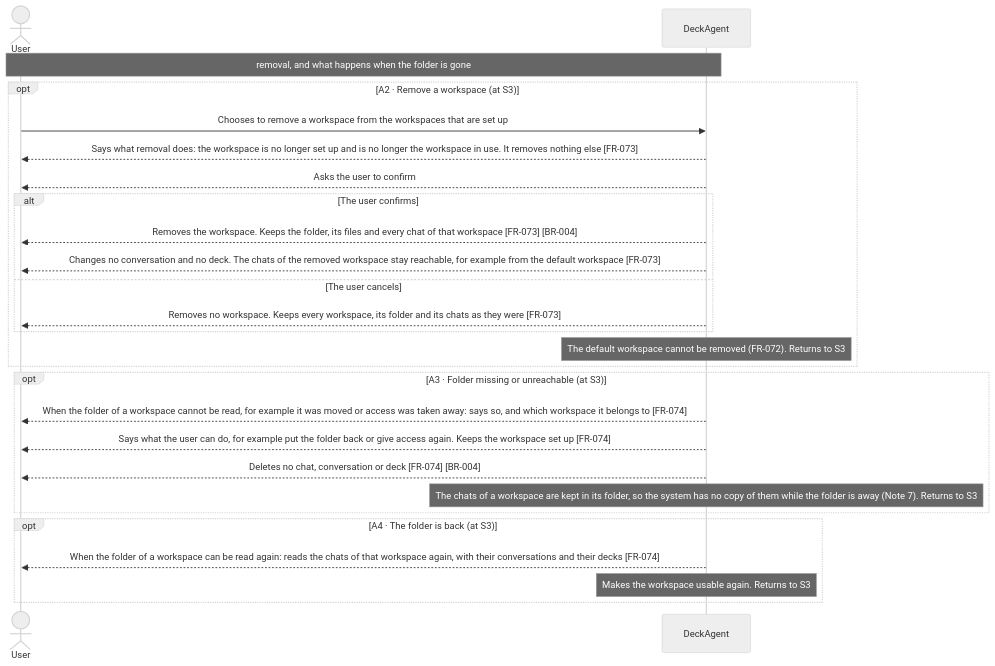
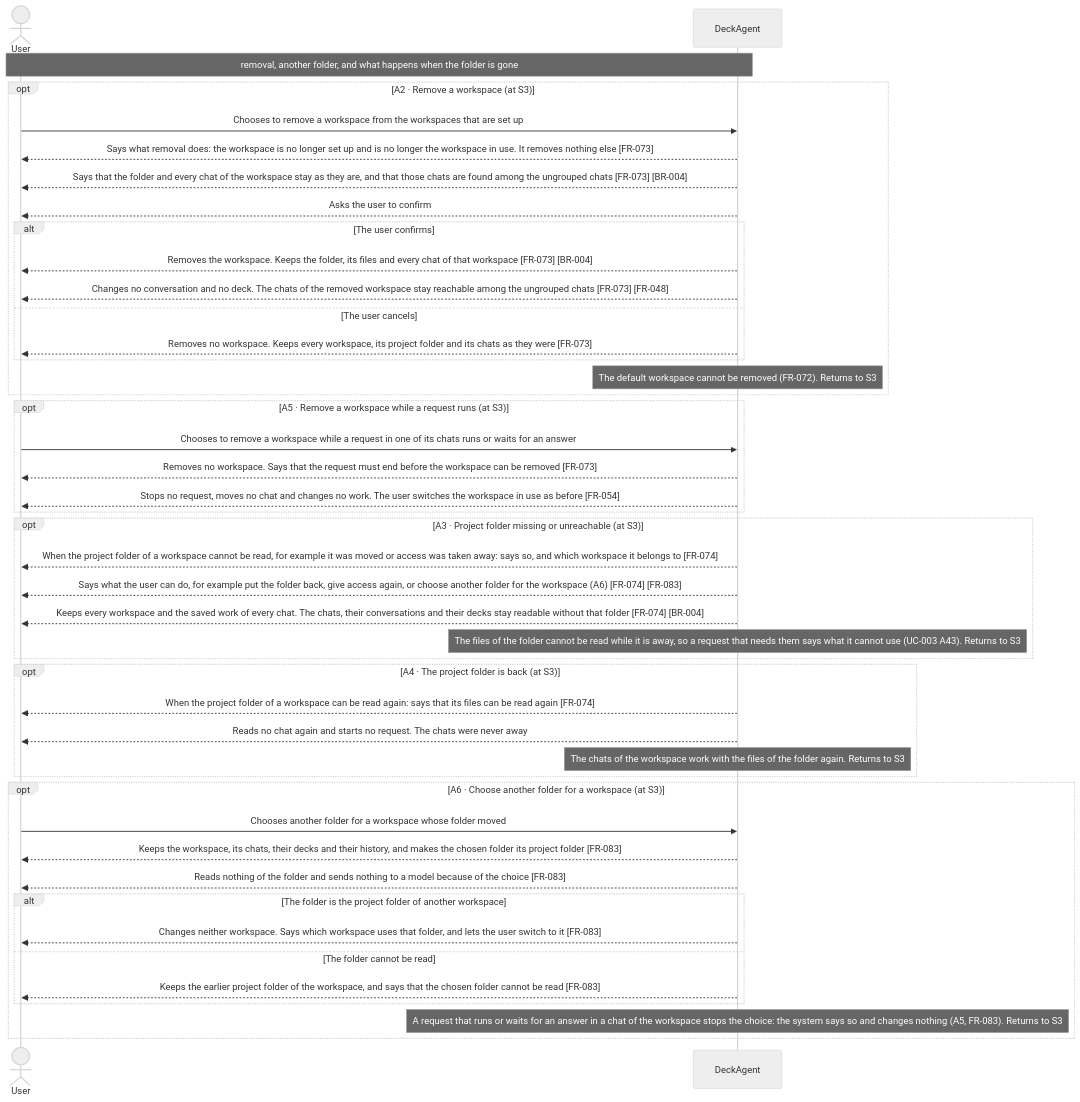
Before and after one commit to Luke23127006/DeckAgent: the second of 2 diagrams in docs/spec/03-use-cases/UC-013.md, drawn with Mermaid (neutral theme). The commit also changed other lines of this file and 31 other files, not shown here.

````diff
--- a/docs/spec/03-use-cases/UC-013.md
+++ b/docs/spec/03-use-cases/UC-013.md
@@ -72,28 +71,46 @@
 ```mermaid
 sequenceDiagram
     actor User
     participant DeckAgent
-    Note over User,DeckAgent: removal, and what happens when the folder is gone
+    Note over User,DeckAgent: removal, another folder, and what happens when the folder is gone
     opt A2 · Remove a workspace (at S3)
         User->>DeckAgent: Chooses to remove a workspace from the workspaces that are set up
         DeckAgent-->>User: Says what removal does: the workspace is no longer set up and is no longer the workspace in use. It removes nothing else [FR-073]
+        DeckAgent-->>User: Says that the folder and every chat of the workspace stay as they are, and that those chats are found among the ungrouped chats [FR-073] [BR-004]
         DeckAgent-->>User: Asks the user to confirm
         alt The user confirms
             DeckAgent-->>User: Removes the workspace. Keeps the folder, its files and every chat of that workspace [FR-073] [BR-004]
-            DeckAgent-->>User: Changes no conversation and no deck. The chats of the removed workspace stay reachable, for example from the default workspace [FR-073]
+            DeckAgent-->>User: Changes no conversation and no deck. The chats of the removed workspace stay reachable among the ungrouped chats [FR-073] [FR-048]
         else The user cancels
-            DeckAgent-->>User: Removes no workspace. Keeps every workspace, its folder and its chats as they were [FR-073]
+            DeckAgent-->>User: Removes no workspace. Keeps every workspace, its project folder and its chats as they were [FR-073]
         end
         note over DeckAgent: The default workspace cannot be removed (FR-072). Returns to S3
     end
-    opt A3 · Folder missing or unreachable (at S3)
-        DeckAgent-->>User: When the folder of a workspace cannot be read, for example it was moved or access was taken away: says so, and which workspace it belongs to [FR-074]
-        DeckAgent-->>User: Says what the user can do, for example put the folder back or give access again. Keeps the workspace set up [FR-074]
-        DeckAgent-->>User: Deletes no chat, conversation or deck [FR-074] [BR-004]
-        note over DeckAgent: The chats of a workspace are kept in its folder, so the system has no copy of them while the folder is away (Note 7). Returns to S3
+    opt A5 · Remove a workspace while a request runs (at S3)
+        User->>DeckAgent: Chooses to remove a workspace while a request in one of its chats runs or waits for an answer
+        DeckAgent-->>User: Removes no workspace. Says that the request must end before the workspace can be removed [FR-073]
+        DeckAgent-->>User: Stops no request, moves no chat and changes no work. The user switches the workspace in use as before [FR-054]
     end
-    opt A4 · The folder is back (at S3)
-        DeckAgent-->>User: When the folder of a workspace can be read again: reads the chats of that workspace again, with their conversations and their decks [FR-074]
-        note over DeckAgent: Makes the workspace usable again. Returns to S3
+    opt A3 · Project folder missing or unreachable (at S3)
+        DeckAgent-->>User: When the project folder of a workspace cannot be read, for example it was moved or access was taken away: says so, and which workspace it belongs to [FR-074]
+        DeckAgent-->>User: Says what the user can do, for example put the folder back, give access again, or choose another folder for the workspace (A6) [FR-074] [FR-083]
+        DeckAgent-->>User: Keeps every workspace and the saved work of every chat. The chats, their conversations and their decks stay readable without that folder [FR-074] [BR-004]
+        note over DeckAgent: The files of the folder cannot be read while it is away, so a request that needs them says what it cannot use (UC-003 A43). Returns to S3
+    end
+    opt A4 · The project folder is back (at S3)
+        DeckAgent-->>User: When the project folder of a workspace can be read again: says that its files can be read again [FR-074]
+        DeckAgent-->>User: Reads no chat again and starts no request. The chats were never away
+        note over DeckAgent: The chats of the workspace work with the files of the folder again. Returns to S3
+    end
+    opt A6 · Choose another folder for a workspace (at S3)
+        User->>DeckAgent: Chooses another folder for a workspace whose folder moved
+        DeckAgent-->>User: Keeps the workspace, its chats, their decks and their history, and makes the chosen folder its project folder [FR-083]
+        DeckAgent-->>User: Reads nothing of the folder and sends nothing to a model because of the choice [FR-083]
+        alt The folder is the project folder of another workspace
+            DeckAgent-->>User: Changes neither workspace. Says which workspace uses that folder, and lets the user switch to it [FR-083]
+        else The folder cannot be read
+            DeckAgent-->>User: Keeps the earlier project folder of the workspace, and says that the chosen folder cannot be read [FR-083]
+        end
+        note over DeckAgent: A request that runs or waits for an answer in a chat of the workspace stops the choice: the system says so and changes nothing (A5, FR-083). Returns to S3
     end
 ```
````
